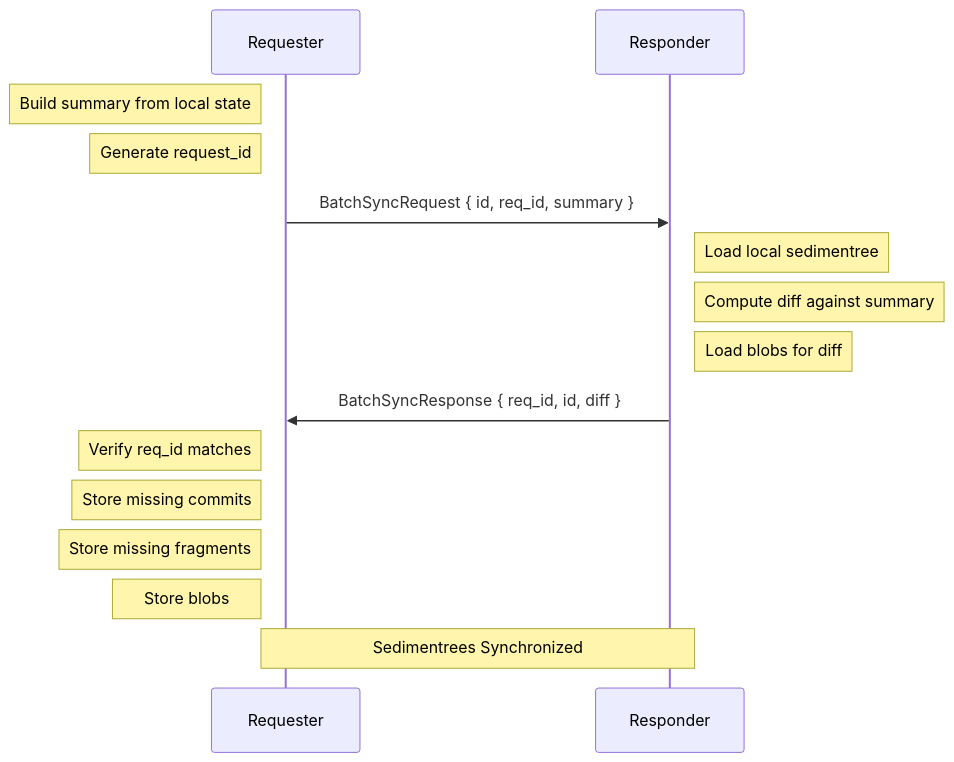
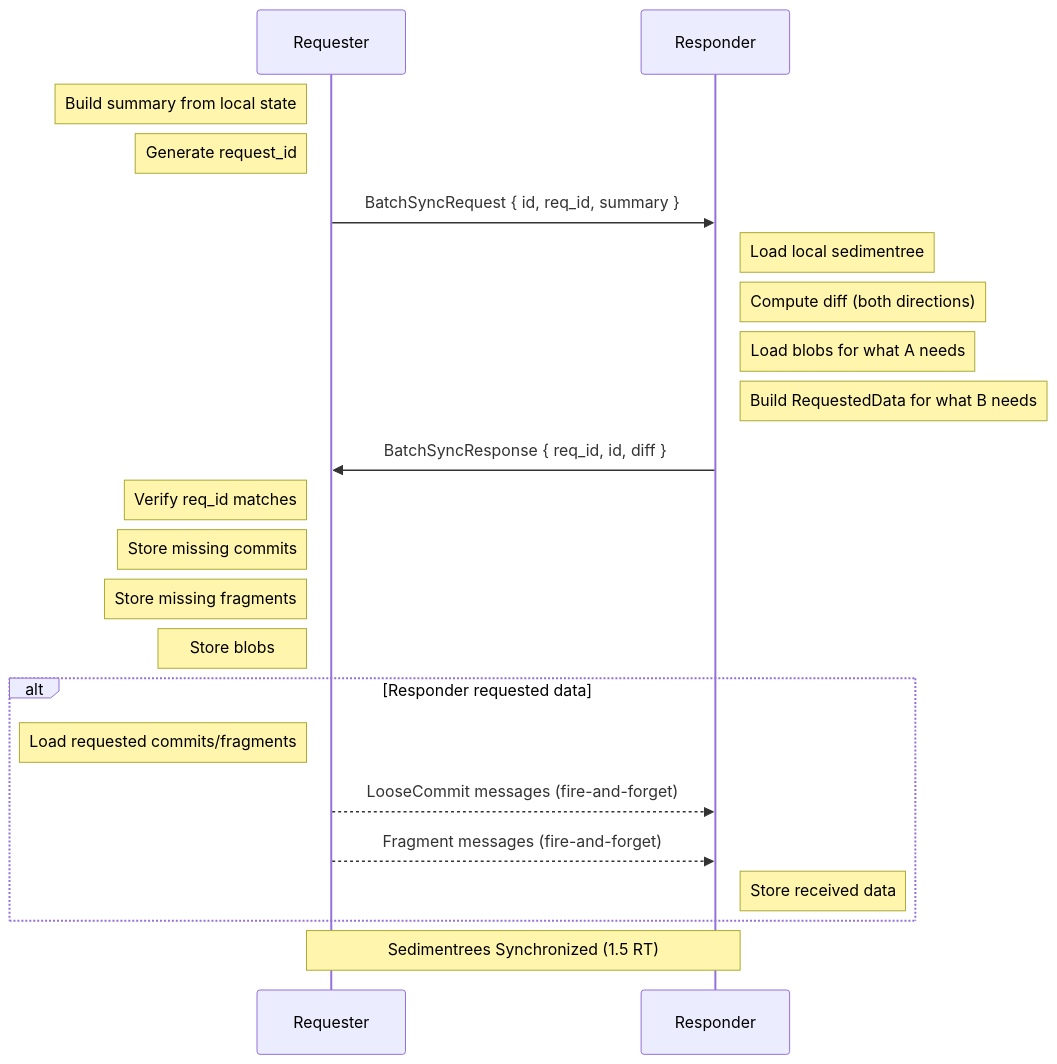
One commit to inkandswitch/subduction changed the third of 3 diagrams in design/sync/batch.md. Above: the diagram before and after it, drawn with Mermaid. The commit also changed other lines of this file and 72 other files, not shown here.

````diff
--- a/design/sync/batch.md
+++ b/design/sync/batch.md
@@ -124,23 +144,31 @@
 ```mermaid
 sequenceDiagram
     participant A as Requester
     participant B as Responder
 
     Note left of A: Build summary from local state
     Note left of A: Generate request_id
 
     A->>B: BatchSyncRequest { id, req_id, summary }
 
     Note right of B: Load local sedimentree
-    Note right of B: Compute diff against summary
-    Note right of B: Load blobs for diff
+    Note right of B: Compute diff (both directions)
+    Note right of B: Load blobs for what A needs
+    Note right of B: Build RequestedData for what B needs
 
     B->>A: BatchSyncResponse { req_id, id, diff }
 
     Note left of A: Verify req_id matches
     Note left of A: Store missing commits
     Note left of A: Store missing fragments
     Note left of A: Store blobs
 
-    Note over A,B: Sedimentrees Synchronized
+    alt Responder requested data
+        Note left of A: Load requested commits/fragments
+        A-->>B: LooseCommit messages (fire-and-forget)
+        A-->>B: Fragment messages (fire-and-forget)
+        Note right of B: Store received data
+    end
+
+    Note over A,B: Sedimentrees Synchronized (1.5 RT)
 ```
````
